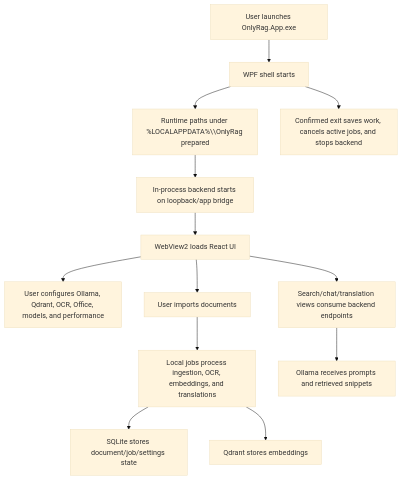
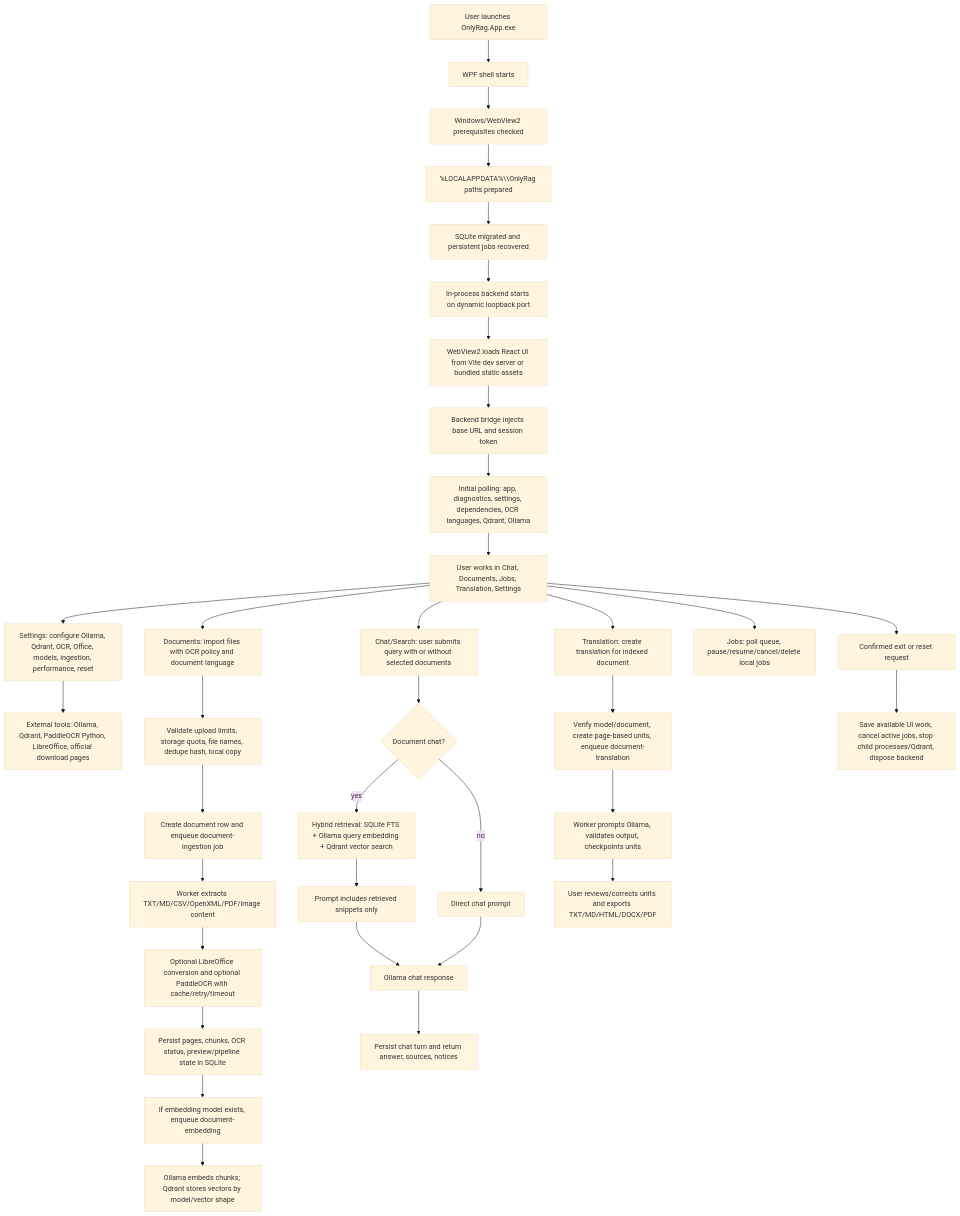
One commit to dennidalpos/OnlyRag changed the diagram in docs/APP_FLOW.md. Above: the diagram before and after it, drawn with Mermaid (base theme). The commit also changed other lines of this file and 7 other files, not shown here.

````diff
--- a/docs/APP_FLOW.md
+++ b/docs/APP_FLOW.md
@@ -6,15 +6,42 @@
 ```mermaid
 flowchart TD
     A["User launches OnlyRag.App.exe"] --> B["WPF shell starts"]
-    B --> C["Runtime paths under %LOCALAPPDATA%\\OnlyRag prepared"]
-    C --> D["In-process backend starts on loopback/app bridge"]
-    D --> E["WebView2 loads React UI"]
-    E --> F["User configures Ollama, Qdrant, OCR, Office, models, and performance"]
-    E --> G["User imports documents"]
-    G --> H["Local jobs process ingestion, OCR, embeddings, and translations"]
-    H --> I["SQLite stores document/job/settings state"]
-    H --> J["Qdrant stores embeddings"]
-    E --> K["Search/chat/translation views consume backend endpoints"]
-    K --> L["Ollama receives prompts and retrieved snippets"]
-    B --> M["Confirmed exit saves work, cancels active jobs, and stops backend"]
+    B --> C["Windows/WebView2 prerequisites checked"]
+    C --> D["%LOCALAPPDATA%\\OnlyRag paths prepared"]
+    D --> E["SQLite migrated and persistent jobs recovered"]
+    E --> F["In-process backend starts on dynamic loopback port"]
+    F --> G["WebView2 loads React UI from Vite dev server or bundled static assets"]
+    G --> H["Backend bridge injects base URL and session token"]
+    H --> I["Initial polling: app, diagnostics, settings, dependencies, OCR languages, Qdrant, Ollama"]
+    I --> J["User works in Chat, Documents, Jobs, Translation, Settings"]
+
+    J --> K["Settings: configure Ollama, Qdrant, OCR, Office, models, ingestion, performance, reset"]
+    K --> L["External tools: Ollama, Qdrant, PaddleOCR Python, LibreOffice, official download pages"]
+
+    J --> M["Documents: import files with OCR policy and document language"]
+    M --> N["Validate upload limits, storage quota, file names, dedupe hash, local copy"]
+    N --> O["Create document row and enqueue document-ingestion job"]
+    O --> P["Worker extracts TXT/MD/CSV/OpenXML/PDF/image content"]
+    P --> Q["Optional LibreOffice conversion and optional PaddleOCR with cache/retry/timeout"]
+    Q --> R["Persist pages, chunks, OCR status, preview/pipeline state in SQLite"]
+    R --> S["If embedding model exists, enqueue document-embedding"]
+    S --> T["Ollama embeds chunks; Qdrant stores vectors by model/vector shape"]
+
+    J --> U["Chat/Search: user submits query with or without selected documents"]
+    U --> V{"Document chat?"}
+    V -->|yes| W["Hybrid retrieval: SQLite FTS + Ollama query embedding + Qdrant vector search"]
+    W --> X["Prompt includes retrieved snippets only"]
+    V -->|no| Y["Direct chat prompt"]
+    X --> Z["Ollama chat response"]
+    Y --> Z
+    Z --> AA["Persist chat turn and return answer, sources, notices"]
+
+    J --> AB["Translation: create translation for indexed document"]
+    AB --> AC["Verify model/document, create page-based units, enqueue document-translation"]
+    AC --> AD["Worker prompts Ollama, validates output, checkpoints units"]
+    AD --> AE["User reviews/corrects units and exports TXT/MD/HTML/DOCX/PDF"]
+
+    J --> AF["Jobs: poll queue, pause/resume/cancel/delete local jobs"]
+    J --> AG["Confirmed exit or reset request"]
+    AG --> AH["Save available UI work, cancel active jobs, stop child processes/Qdrant, dispose backend"]
 ```
````
